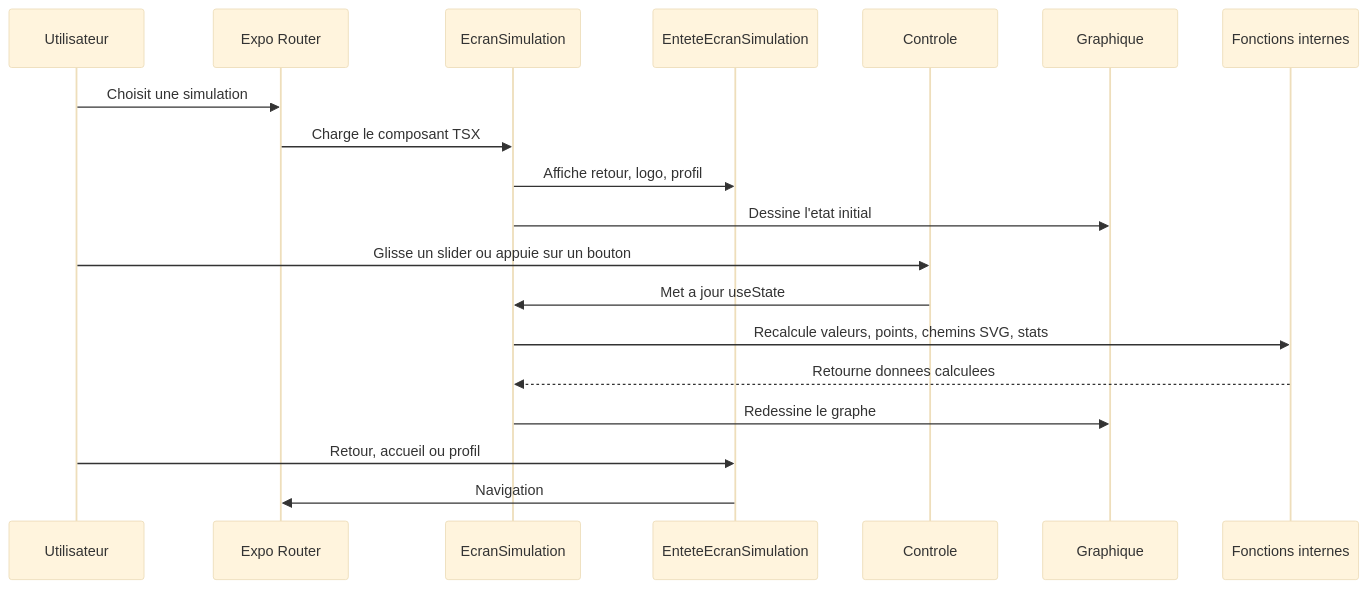
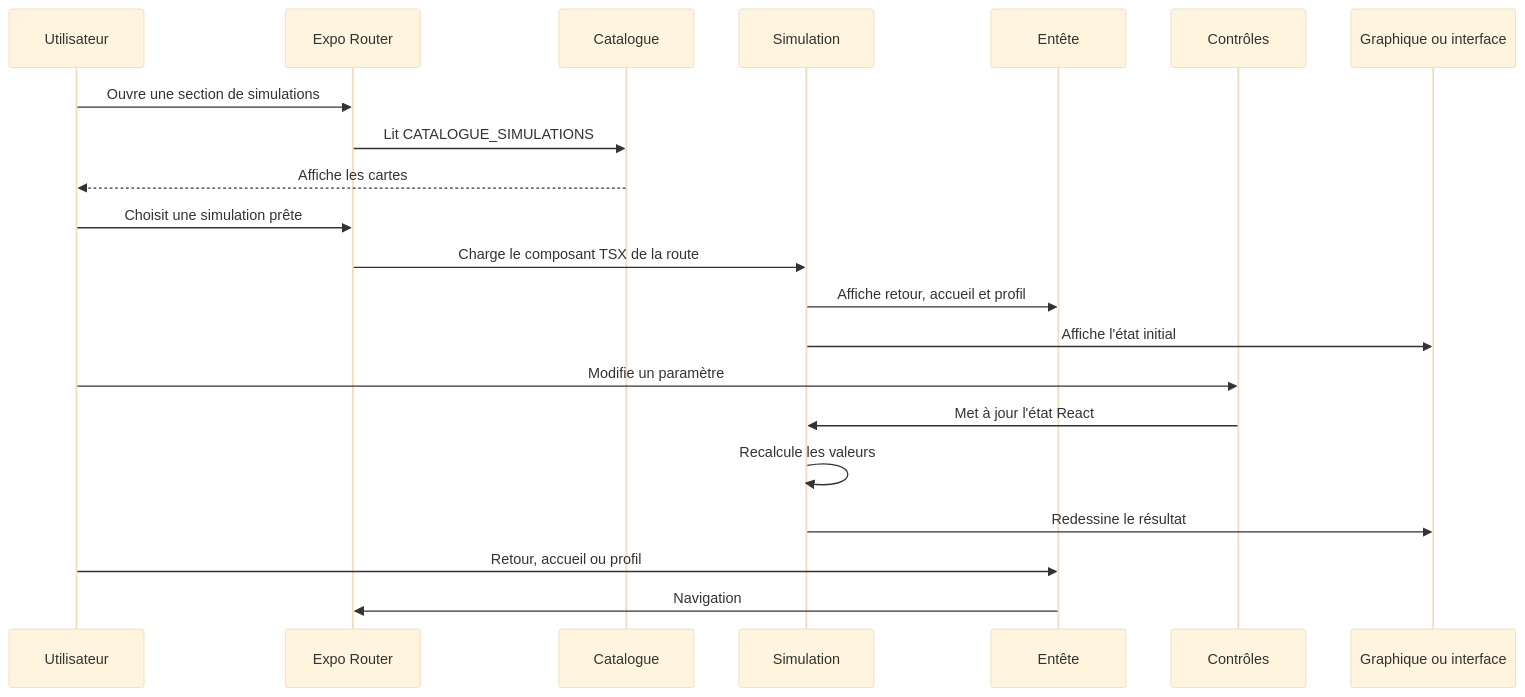
One commit to El-Lebaba/Evidexe changed the third of 4 diagrams in RAPPORT_COMPLET_EVIDEXE.md. Above: the diagram before and after it, drawn with Mermaid (base theme). The commit also changed other lines of this file, not shown here.

````diff
--- a/RAPPORT_COMPLET_EVIDEXE.md
+++ b/RAPPORT_COMPLET_EVIDEXE.md
@@ -273,22 +279,24 @@
 ```mermaid
 sequenceDiagram
   participant U as Utilisateur
   participant R as Expo Router
-  participant S as EcranSimulation
-  participant H as EnteteEcranSimulation
-  participant C as Controle
-  participant G as Graphique
-  participant F as Fonctions internes
+  participant C as Catalogue
+  participant S as Simulation
+  participant E as Entête
+  participant X as Contrôles
+  participant G as Graphique ou interface
 
-  U->>R: Choisit une simulation
-  R->>S: Charge le composant TSX
-  S->>H: Affiche retour, logo, profil
-  S->>G: Dessine l'etat initial
-  U->>C: Glisse un slider ou appuie sur un bouton
-  C->>S: Met a jour useState
-  S->>F: Recalcule valeurs, points, chemins SVG, stats
-  F-->>S: Retourne donnees calculees
-  S->>G: Redessine le graphe
-  U->>H: Retour, accueil ou profil
-  H->>R: Navigation
+  U->>R: Ouvre une section de simulations
+  R->>C: Lit CATALOGUE_SIMULATIONS
+  C-->>U: Affiche les cartes
+  U->>R: Choisit une simulation prête
+  R->>S: Charge le composant TSX de la route
+  S->>E: Affiche retour, accueil et profil
+  S->>G: Affiche l'état initial
+  U->>X: Modifie un paramètre
+  X->>S: Met à jour l'état React
+  S->>S: Recalcule les valeurs
+  S->>G: Redessine le résultat
+  U->>E: Retour, accueil ou profil
+  E->>R: Navigation
 ```
````
